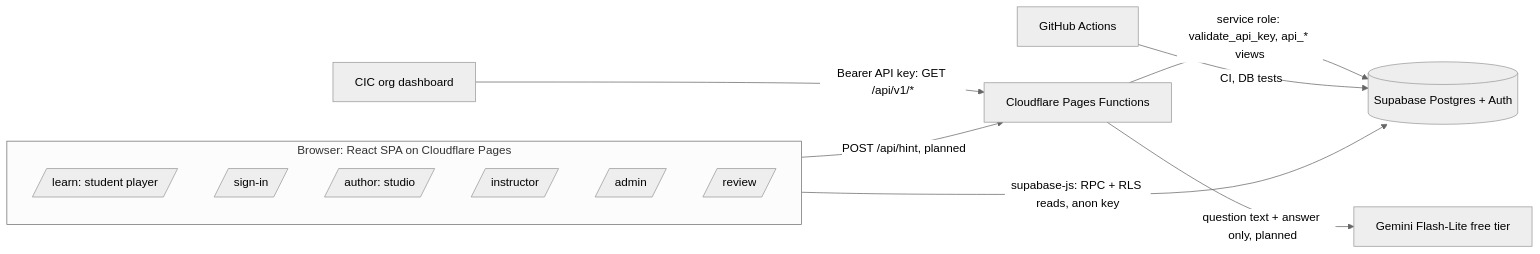
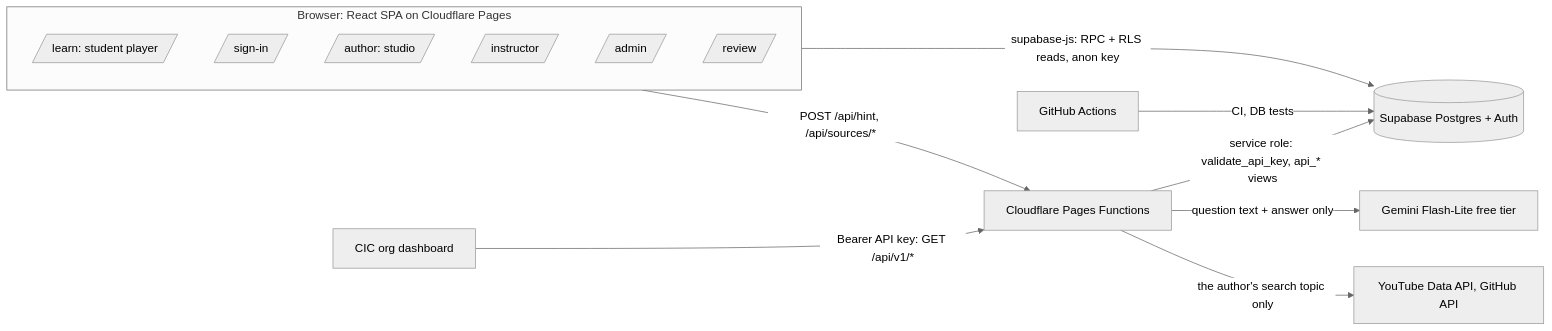
One commit to 2026-Arizona-Opportunity-Hack/DJKKU-CodinginColor changed the diagram in README.md. Above: the diagram before and after it, drawn with Mermaid (neutral theme). The commit also changed other lines of this file and 7 other files, not shown here.

````diff
--- a/README.md
+++ b/README.md
@@ -115,17 +116,18 @@
 ```mermaid
 flowchart LR
   subgraph Browser [Browser: React SPA on Cloudflare Pages]
     P[/learn: student player/]
     S[/sign-in/]
     A[/author: studio/]
     I[/instructor/]
     AD[/admin/]
     R[/review/]
   end
   Browser -->|supabase-js: RPC + RLS reads, anon key| DB[(Supabase Postgres + Auth)]
-  Browser -->|POST /api/hint, planned| F[Cloudflare Pages Functions]
+  Browser -->|POST /api/hint, /api/sources/*| F[Cloudflare Pages Functions]
   CIC[CIC org dashboard] -->|Bearer API key: GET /api/v1/*| F
   F -->|service role: validate_api_key, api_* views| DB
-  F -->|question text + answer only, planned| G[Gemini Flash-Lite free tier]
+  F -->|question text + answer only| G[Gemini Flash-Lite free tier]
+  F -->|the author's search topic only| SRC[YouTube Data API, GitHub API]
   GH[GitHub Actions] -->|CI, DB tests| DB
 ```
````
